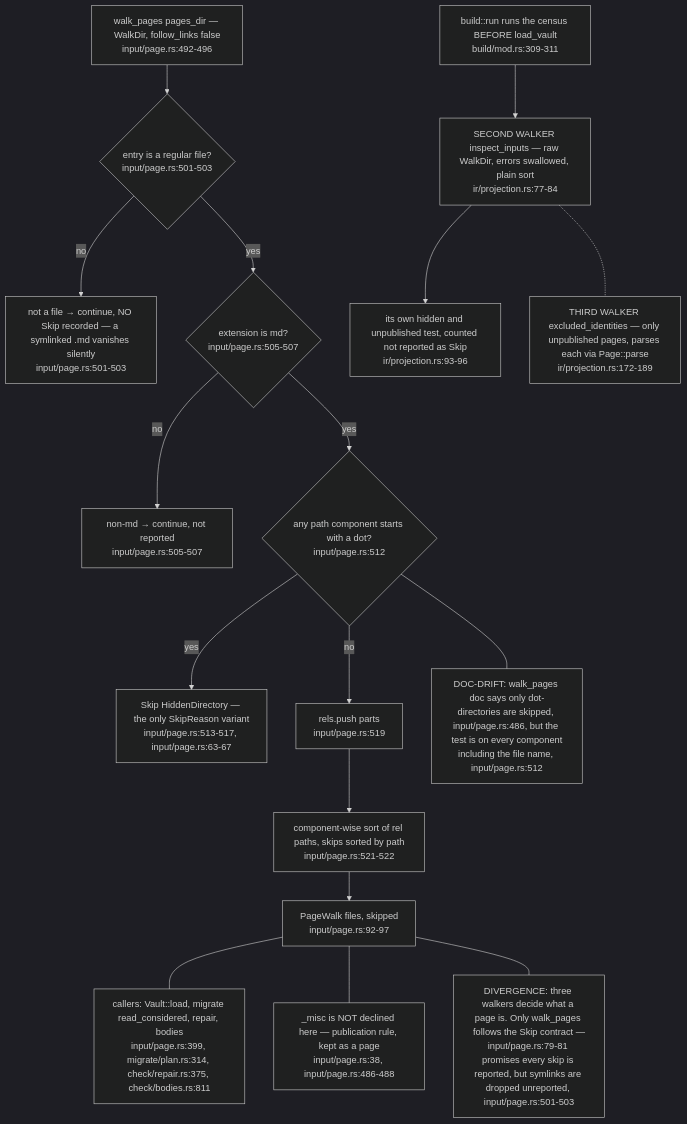
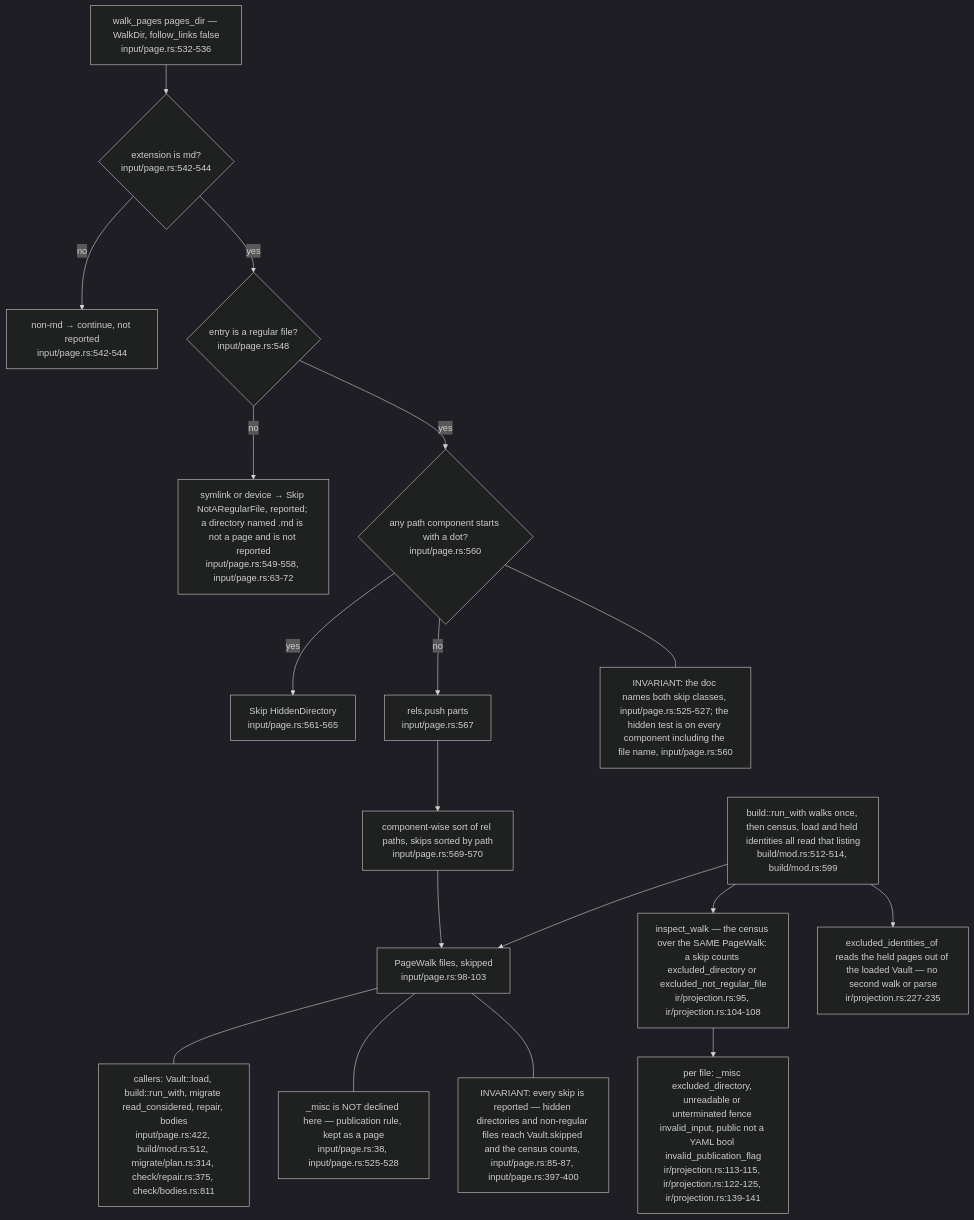
The second of 6 diagrams in docs/diagrams/ontomark/01-input-layer-vault-pages-and-gates.md (DreamLab-AI/VisionFlow), drawn with Mermaid (dark theme) before and after one commit. The commit also changed other lines of this file and 10 other files, not shown here.

First line of the commit message:
docs(diagrams): re-stamp the ontomark corpus at ee9e04a; OM-06 machine scope and ingest contract

````diff
--- a/docs/diagrams/ontomark/01-input-layer-vault-pages-and-gates.md
+++ b/docs/diagrams/ontomark/01-input-layer-vault-pages-and-gates.md
@@ -81,35 +82,36 @@
 ```mermaid
 flowchart TD
-    W["walk_pages pages_dir — WalkDir, follow_links false<br/>input/page.rs:492-496"]
-    ISFILE{"entry is a regular file?<br/>input/page.rs:501-503"}
-    DROPSYM["not a file → continue, NO Skip recorded — a symlinked .md vanishes silently<br/>input/page.rs:501-503"]
-    ISMD{"extension is md?<br/>input/page.rs:505-507"}
-    DROPNONMD["non-md → continue, not reported<br/>input/page.rs:505-507"]
-    HIDDEN{"any path component starts with a dot?<br/>input/page.rs:512"}
-    SKIP["Skip HiddenDirectory — the only SkipReason variant<br/>input/page.rs:513-517, input/page.rs:63-67"]
-    KEEP["rels.push parts<br/>input/page.rs:519"]
-    SORT["component-wise sort of rel paths, skips sorted by path<br/>input/page.rs:521-522"]
-    OUT["PageWalk files, skipped<br/>input/page.rs:92-97"]
-    W --> ISFILE
+    W["walk_pages pages_dir — WalkDir, follow_links false<br/>input/page.rs:532-536"]
+    ISMD{"extension is md?<br/>input/page.rs:542-544"}
+    DROPNONMD["non-md → continue, not reported<br/>input/page.rs:542-544"]
+    ISFILE{"entry is a regular file?<br/>input/page.rs:548"}
+    DROPSYM["symlink or device → Skip NotARegularFile, reported; a directory named .md is not a page and is not reported<br/>input/page.rs:549-558, input/page.rs:63-72"]
+    HIDDEN{"any path component starts with a dot?<br/>input/page.rs:560"}
+    SKIP["Skip HiddenDirectory<br/>input/page.rs:561-565"]
+    KEEP["rels.push parts<br/>input/page.rs:567"]
+    SORT["component-wise sort of rel paths, skips sorted by path<br/>input/page.rs:569-570"]
+    OUT["PageWalk files, skipped<br/>input/page.rs:98-103"]
+    W --> ISMD
+    ISMD -- no --> DROPNONMD
+    ISMD -- yes --> ISFILE
     ISFILE -- no --> DROPSYM
-    ISFILE -- yes --> ISMD
-    ISMD -- no --> DROPNONMD
-    ISMD -- yes --> HIDDEN
+    ISFILE -- yes --> HIDDEN
     HIDDEN -- yes --> SKIP
     HIDDEN -- no --> KEEP
     KEEP --> SORT --> OUT
-    UNPUB["_misc is NOT declined here — publication rule, kept as a page<br/>input/page.rs:38, input/page.rs:486-488"]
-    CALLERS["callers: Vault::load, migrate read_considered, repair, bodies<br/>input/page.rs:399, migrate/plan.rs:314, check/repair.rs:375, check/bodies.rs:811"]
-    P2["SECOND WALKER inspect_inputs — raw WalkDir, errors swallowed, plain sort<br/>ir/projection.rs:77-84"]
-    P2H["its own hidden and unpublished test, counted not reported as Skip<br/>ir/projection.rs:93-96"]
-    P3["THIRD WALKER excluded_identities — only unpublished pages, parses each via Page::parse<br/>ir/projection.rs:172-189"]
-    RUN["build::run runs the census BEFORE load_vault<br/>build/mod.rs:309-311"]
+    UNPUB["_misc is NOT declined here — publication rule, kept as a page<br/>input/page.rs:38, input/page.rs:525-528"]
+    CALLERS["callers: Vault::load, build::run_with, migrate read_considered, repair, bodies<br/>input/page.rs:422, build/mod.rs:512, migrate/plan.rs:314, check/repair.rs:375, check/bodies.rs:811"]
+    CENSUS["inspect_walk — the census over the SAME PageWalk: a skip counts excluded_directory or excluded_not_regular_file<br/>ir/projection.rs:95, ir/projection.rs:104-108"]
+    CENSUSF["per file: _misc excluded_directory, unreadable or unterminated fence invalid_input, public not a YAML bool invalid_publication_flag<br/>ir/projection.rs:113-115, ir/projection.rs:122-125, ir/projection.rs:139-141"]
+    HELD["excluded_identities_of reads the held pages out of the loaded Vault — no second walk or parse<br/>ir/projection.rs:227-235"]
+    RUN["build::run_with walks once, then census, load and held identities all read that listing<br/>build/mod.rs:512-514, build/mod.rs:599"]
     OUT --- CALLERS
     OUT --- UNPUB
-    RUN --> P2 --> P2H
-    P2 -.- P3
-    note1["DIVERGENCE: three walkers decide what a page is. Only walk_pages follows the Skip contract —<br/>input/page.rs:79-81 promises every skip is reported, but symlinks are dropped unreported, input/page.rs:501-503"]
-    note2["DOC-DRIFT: walk_pages doc says only dot-directories are skipped, input/page.rs:486, but the test is on every component<br/>including the file name, input/page.rs:512"]
+    RUN --> OUT
+    RUN --> CENSUS --> CENSUSF
+    RUN --> HELD
+    note1["INVARIANT: every skip is reported — hidden directories and non-regular files reach Vault.skipped and the census counts, input/page.rs:85-87, input/page.rs:397-400"]
+    note2["INVARIANT: the doc names both skip classes, input/page.rs:525-527; the hidden test is on every component including the file name, input/page.rs:560"]
     OUT --- note1
     HIDDEN --- note2
 ```
````
